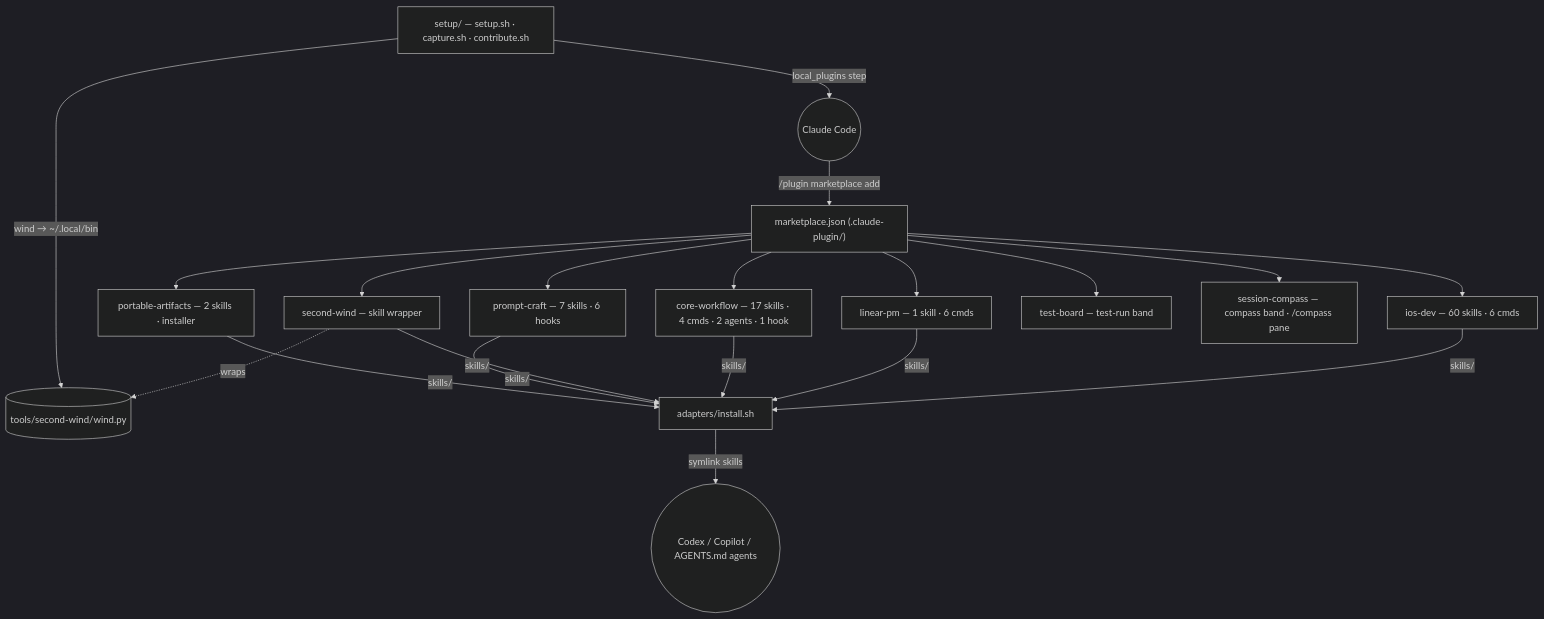
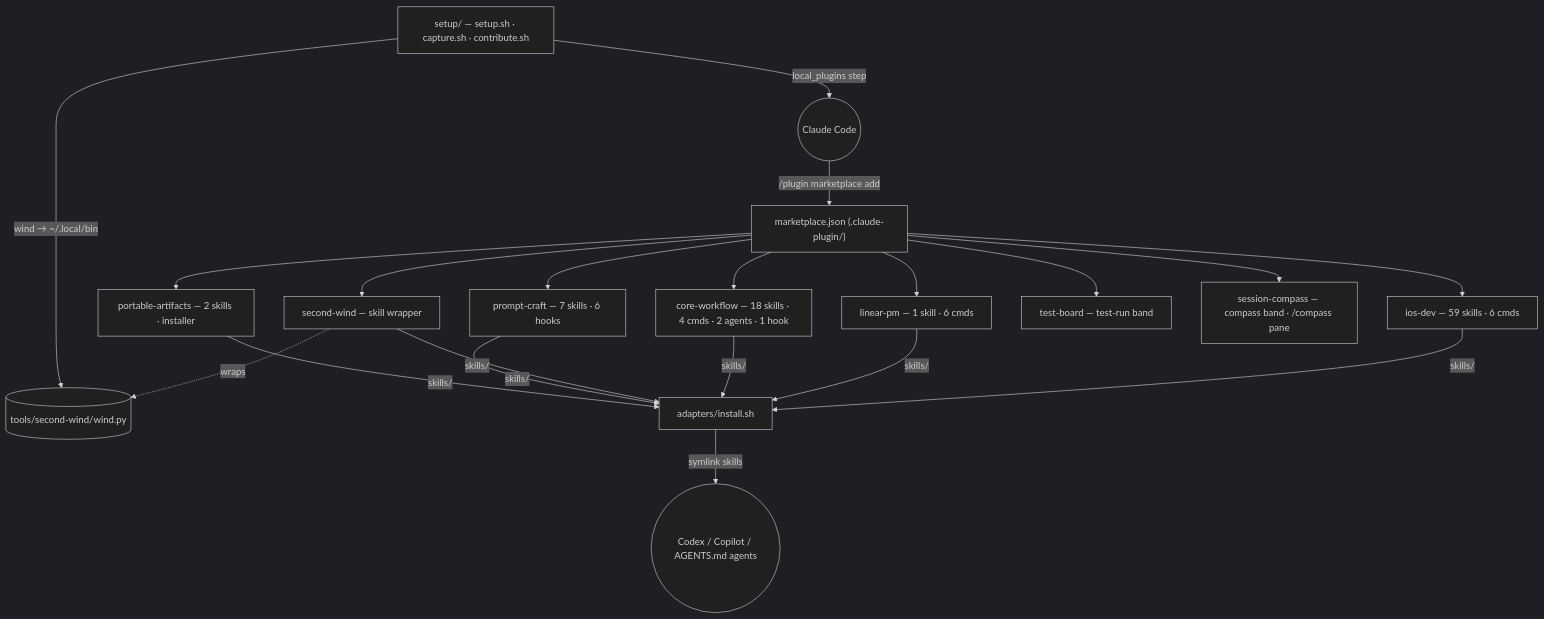
Before and after one commit to abhijitbansal/claude-skills: the diagram in docs/architecture.md, drawn with Mermaid (dark theme). The commit also changed 122 other files, not shown here.

````diff
--- a/docs/architecture.md
+++ b/docs/architecture.md
@@ -15,25 +15,25 @@
 ```mermaid
 flowchart TD
   MP["marketplace.json (.claude-plugin/)"]
-  IOS["ios-dev — 60 skills · 6 cmds"]
+  IOS["ios-dev — 59 skills · 6 cmds"]
   LIN["linear-pm — 1 skill · 6 cmds"]
-  CW["core-workflow — 17 skills · 4 cmds · 2 agents · 1 hook"]
+  CW["core-workflow — 18 skills · 4 cmds · 2 agents · 1 hook"]
   SW["second-wind — skill wrapper"]
   PC["prompt-craft — 7 skills · 6 hooks"]
   PA["portable-artifacts — 2 skills · installer"]
   TB["test-board — test-run band"]
   SC["session-compass — compass band · /compass pane"]
   WIND[("tools/second-wind/wind.py")]
   AD["adapters/install.sh"]
   SEED["setup/ — setup.sh · capture.sh · contribute.sh"]
   CC(("Claude Code"))
   OTHER(("Codex / Copilot / AGENTS.md agents"))
 
   MP --> IOS & LIN & CW & SW & PC & PA & TB & SC
   SW -.->|wraps| WIND
   CC -->|"/plugin marketplace add"| MP
   SEED -->|local_plugins step| CC
   SEED -->|"wind → ~/.local/bin"| WIND
   AD -->|symlink skills| OTHER
   IOS & LIN & CW & SW & PC & PA -->|skills/| AD
 ```
````
